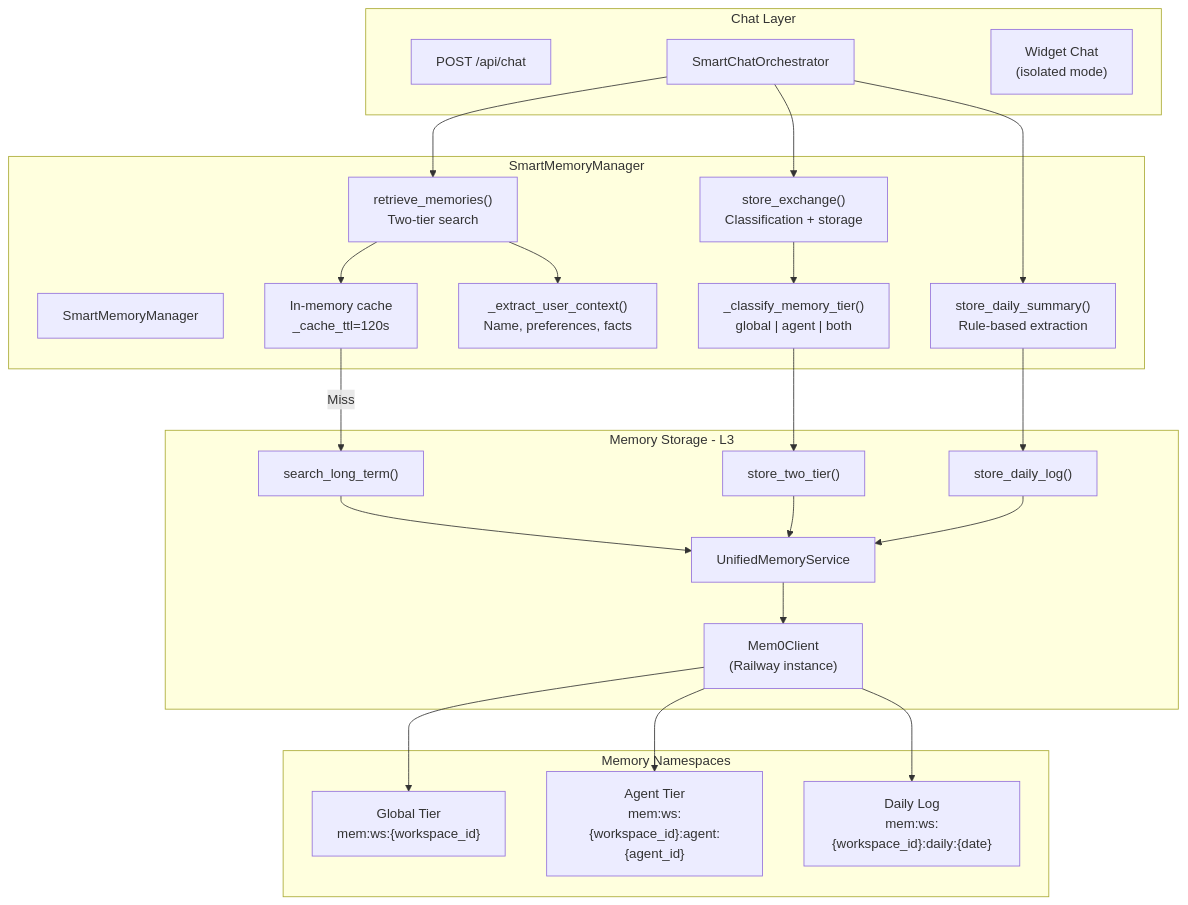
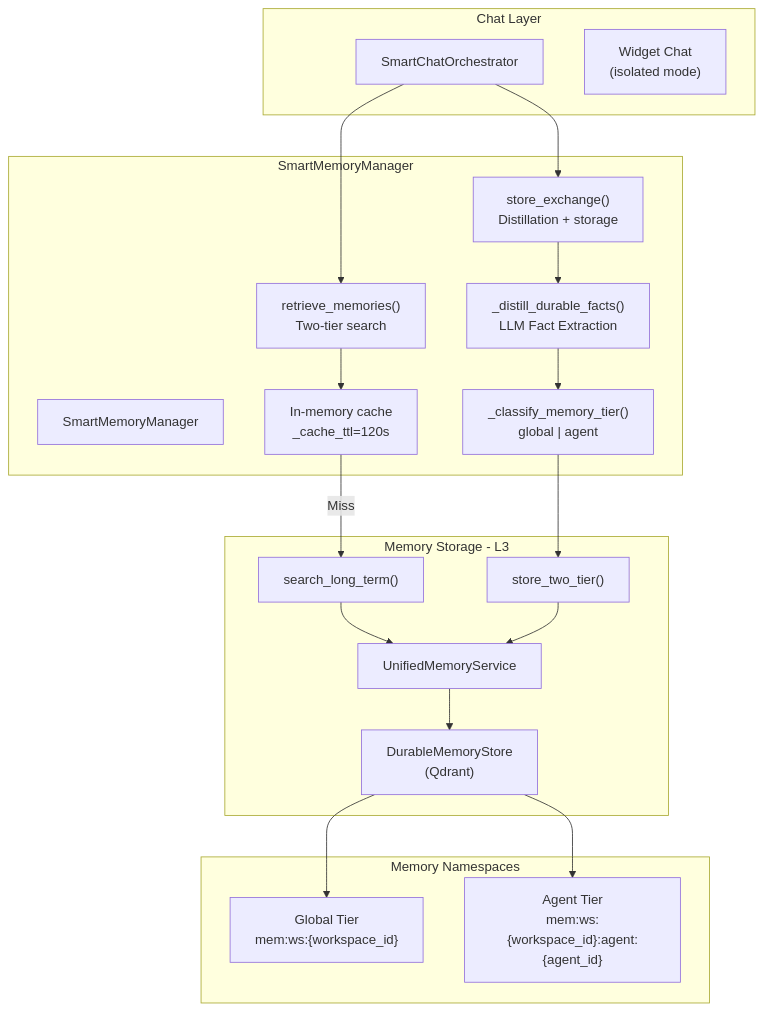
Before and after one commit to AutomatosAI/automatos-ai: the first of 2 diagrams in docs/memory-system/smartmemorymanager.md, drawn with Mermaid. The commit also changed other lines of this file and 191 other files, not shown here.

````diff
--- a/docs/memory-system/smartmemorymanager.md
+++ b/docs/memory-system/smartmemorymanager.md
@@ -35,55 +49,46 @@
 ```mermaid
 graph TB
     subgraph "Chat Layer"
-        ChatAPI["POST /api/chat"]
         SmartOrchestrator["SmartChatOrchestrator"]
         WidgetChat["Widget Chat<br/>(isolated mode)"]
     end
     
     subgraph "SmartMemoryManager"
         SMM["SmartMemoryManager"]
         RetrieveMemories["retrieve_memories()<br/>Two-tier search"]
-        StoreConversation["store_exchange()<br/>Classification + storage"]
-        ClassifyTier["_classify_memory_tier()<br/>global | agent | both"]
-        ExtractContext["_extract_user_context()<br/>Name, preferences, facts"]
-        DailySummary["store_daily_summary()<br/>Rule-based extraction"]
+        StoreExchange["store_exchange()<br/>Distillation + storage"]
+        Distill["_distill_durable_facts()<br/>LLM Fact Extraction"]
+        ClassifyTier["_classify_memory_tier()<br/>global | agent"]
         Cache["In-memory cache<br/>_cache_ttl=120s"]
     end
     
     subgraph "Memory Storage - L3"
         UnifiedMemory["UnifiedMemoryService"]
         SearchLT["search_long_term()"]
         StoreTwoTier["store_two_tier()"]
-        StoreDailyLog["store_daily_log()"]
-        Mem0Client["Mem0Client<br/>(Railway instance)"]
+        DurableStore["DurableMemoryStore<br/>(Qdrant)"]
     end
     
     subgraph "Memory Namespaces"
         GlobalNS["Global Tier<br/>mem:ws:{workspace_id}"]
         AgentNS["Agent Tier<br/>mem:ws:{workspace_id}:agent:{agent_id}"]
-        DailyLogNS["Daily Log<br/>mem:ws:{workspace_id}:daily:{date}"]
     end
     
     SmartOrchestrator --> RetrieveMemories
-    SmartOrchestrator --> StoreConversation
-    SmartOrchestrator --> DailySummary
+    SmartOrchestrator --> StoreExchange
     
     RetrieveMemories --> Cache
     Cache -->|Miss| SearchLT
-    RetrieveMemories --> ExtractContext
     
-    StoreConversation --> ClassifyTier
+    StoreExchange --> Distill
+    Distill --> ClassifyTier
     ClassifyTier --> StoreTwoTier
-    
-    DailySummary --> StoreDailyLog
     
     SearchLT --> UnifiedMemory
     StoreTwoTier --> UnifiedMemory
-    StoreDailyLog --> UnifiedMemory
     
-    UnifiedMemory --> Mem0Client
+    UnifiedMemory --> DurableStore
     
-    Mem0Client --> GlobalNS
-    Mem0Client --> AgentNS
-    Mem0Client --> DailyLogNS
+    DurableStore --> GlobalNS
+    DurableStore --> AgentNS
 ```
````
